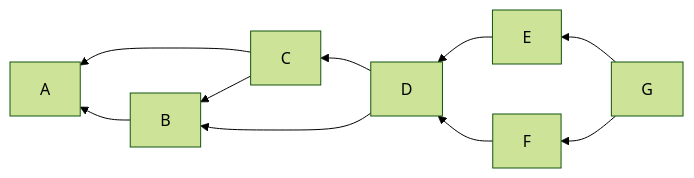
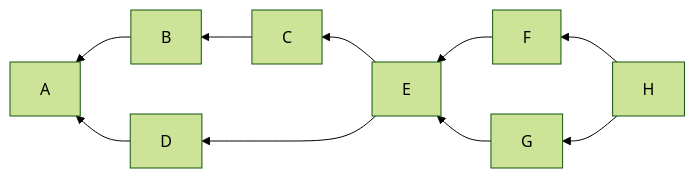
Before and after one commit to jamesob/delving-bitcoin-archive: the second of 2 diagrams in archive/rendered-topics/2023-12-December/2023-12-18-how-to-linearize-your-cluster-id303.md, drawn with Mermaid (forest theme). The commit also changed other lines of this file and 3 other files, not shown here.

````diff
--- a/archive/rendered-topics/2023-12-December/2023-12-18-how-to-linearize-your-cluster-id303.md
+++ b/archive/rendered-topics/2023-12-December/2023-12-18-how-to-linearize-your-cluster-id303.md
@@ -51,10 +51,11 @@
 ```mermaid height=147,auto
 graph RL
   A;
-  C --> A; C --> B;
   B --> A;
-  D --> C; D --> B;
-  E --> D;
-  F --> D;
-  G --> E; G --> F;
+  C --> B;
+  D --> A;
+  E --> C; E --> D;
+  F --> E;
+  G --> E;
+  H --> F; H --> G;
 ```
````
